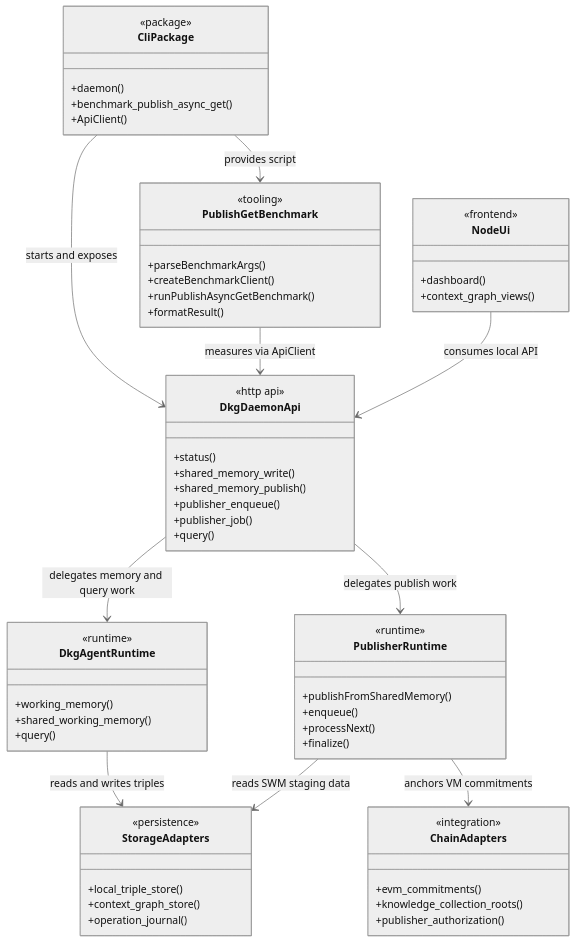
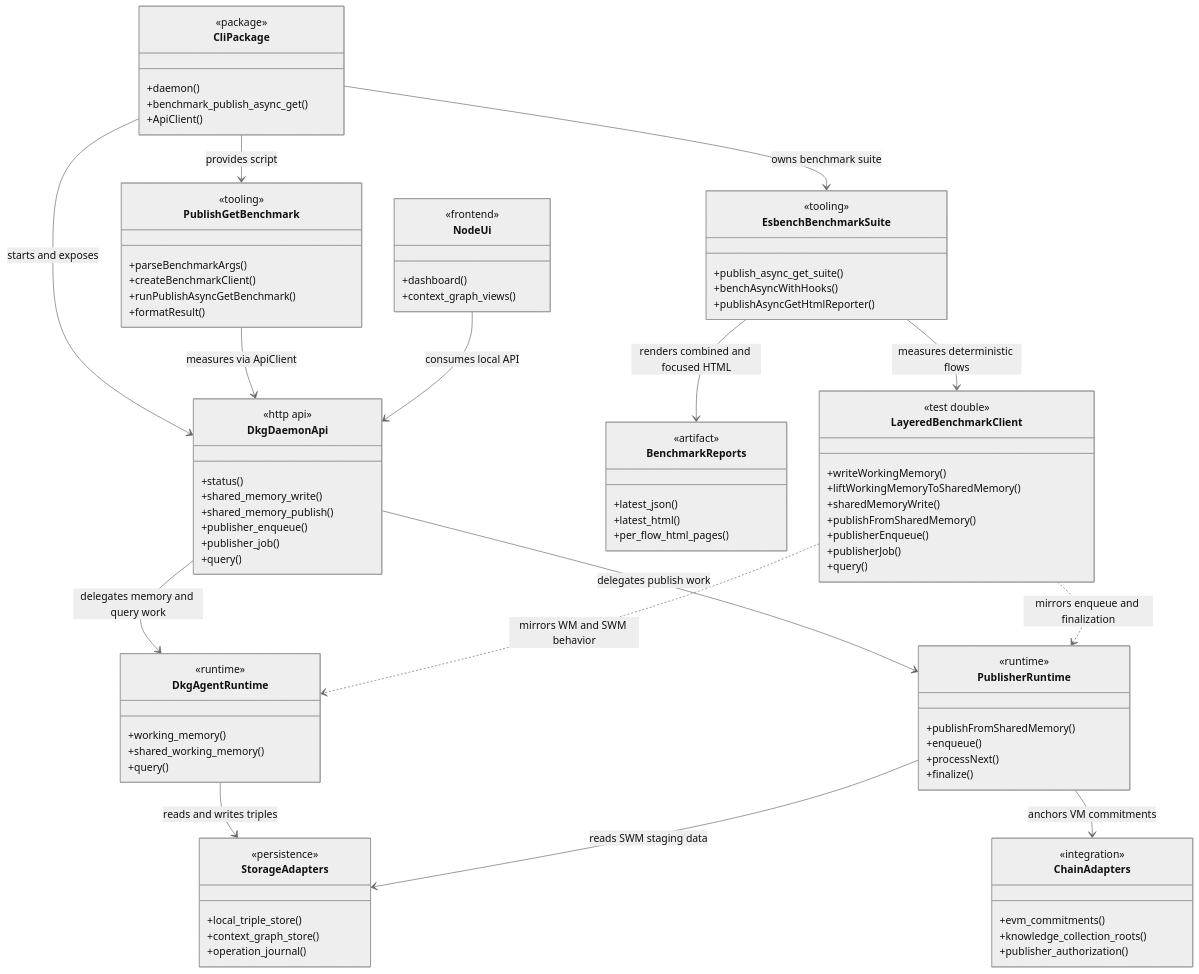
Before and after one commit to KilianTrunk/dkg: the first of 4 diagrams in ARCHITECTURE.md, drawn with Mermaid (neutral theme). The commit also changed other lines of this file and 7 other files, not shown here.

```diff
--- a/ARCHITECTURE.md
+++ b/ARCHITECTURE.md
@@ -29,6 +32,31 @@
     +createBenchmarkClient()
     +runPublishAsyncGetBenchmark()
     +formatResult()
+  }
+
+  class EsbenchBenchmarkSuite {
+    <<tooling>>
+    +publish_async_get_suite()
+    +benchAsyncWithHooks()
+    +publishAsyncGetHtmlReporter()
+  }
+
+  class LayeredBenchmarkClient {
+    <<test double>>
+    +writeWorkingMemory()
+    +liftWorkingMemoryToSharedMemory()
+    +sharedMemoryWrite()
+    +publishFromSharedMemory()
+    +publisherEnqueue()
+    +publisherJob()
+    +query()
+  }
+
+  class BenchmarkReports {
+    <<artifact>>
+    +latest_json()
+    +latest_html()
+    +per_flow_html_pages()
   }
 
   class DkgDaemonApi {
@@ -78,9 +106,14 @@
 
   CliPackage --> DkgDaemonApi : starts and exposes
   CliPackage --> PublishGetBenchmark : provides script
+  CliPackage --> EsbenchBenchmarkSuite : owns benchmark suite
   PublishGetBenchmark --> DkgDaemonApi : measures via ApiClient
+  EsbenchBenchmarkSuite --> LayeredBenchmarkClient : measures deterministic flows
+  EsbenchBenchmarkSuite --> BenchmarkReports : renders combined and focused HTML
   DkgDaemonApi --> DkgAgentRuntime : delegates memory and query work
   DkgDaemonApi --> PublisherRuntime : delegates publish work
+  LayeredBenchmarkClient ..> DkgAgentRuntime : mirrors WM and SWM behavior
+  LayeredBenchmarkClient ..> PublisherRuntime : mirrors enqueue and finalization
   DkgAgentRuntime --> StorageAdapters : reads and writes triples
   PublisherRuntime --> StorageAdapters : reads SWM staging data
   PublisherRuntime --> ChainAdapters : anchors VM commitments
```
